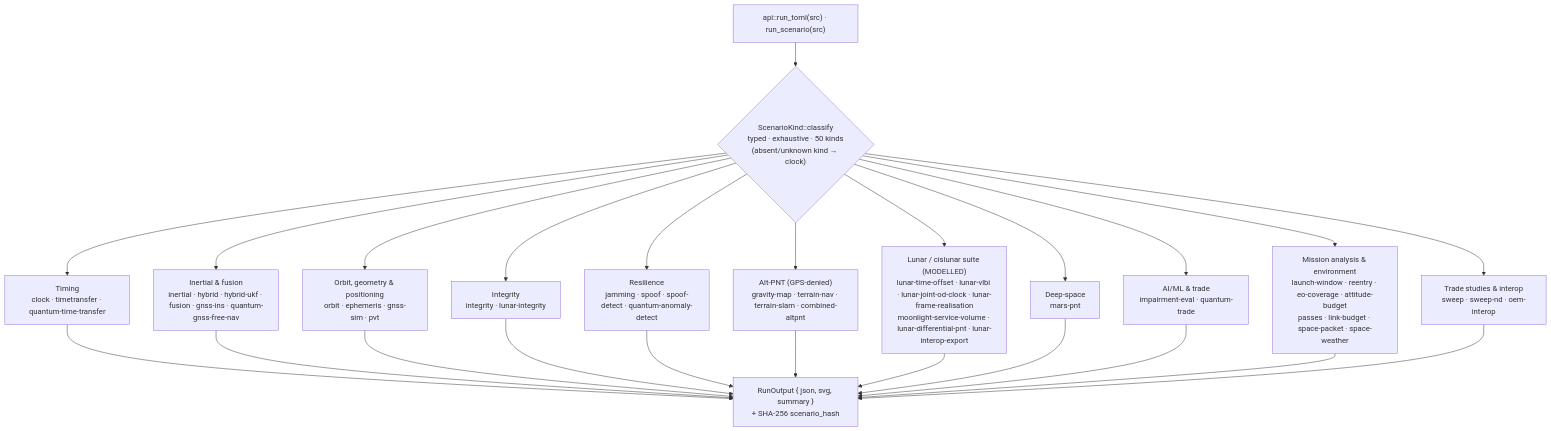
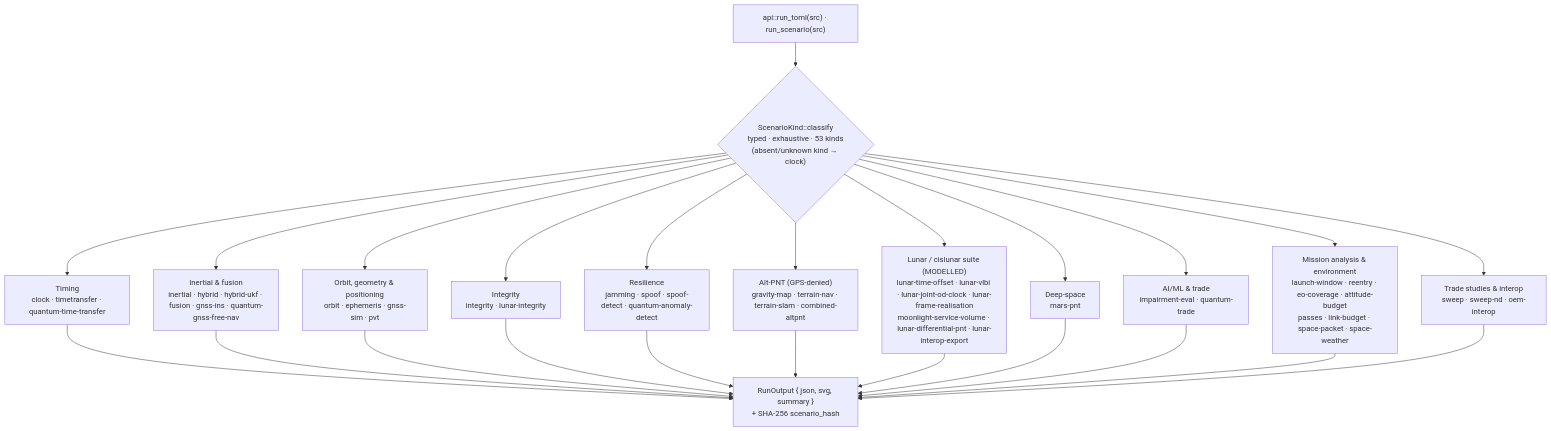
Before and after one commit to ashfordeOU/kshana: the seventh of 11 diagrams in docs/ARCHITECTURE.md, drawn with Mermaid. The commit also changed other lines of this file and 7 other files, not shown here.

````diff
--- a/docs/ARCHITECTURE.md
+++ b/docs/ARCHITECTURE.md
@@ -406,16 +406,16 @@
 ```mermaid
 flowchart TD
-    F["api::run_toml(src) · run_scenario(src)"] --> K{"ScenarioKind::classify<br/>typed · exhaustive · 50 kinds<br/>(absent/unknown kind → clock)"}
+    F["api::run_toml(src) · run_scenario(src)"] --> K{"ScenarioKind::classify<br/>typed · exhaustive · 53 kinds<br/>(absent/unknown kind → clock)"}
     K --> G1["Timing<br/>clock · timetransfer · quantum-time-transfer"]
     K --> G2["Inertial & fusion<br/>inertial · hybrid · hybrid-ukf · fusion · gnss-ins · quantum-gnss-free-nav"]
     K --> G3["Orbit, geometry & positioning<br/>orbit · ephemeris · gnss-sim · pvt"]
     K --> G4["Integrity<br/>integrity · lunar-integrity"]
     K --> G5["Resilience<br/>jamming · spoof · spoof-detect · quantum-anomaly-detect"]
     K --> G6["Alt-PNT (GPS-denied)<br/>gravity-map · terrain-nav · terrain-slam · combined-altpnt"]
     K --> G7["Lunar / cislunar suite (MODELLED)<br/>lunar-time-offset · lunar-vlbi · lunar-joint-od-clock · lunar-frame-realisation<br/>moonlight-service-volume · lunar-differential-pnt · lunar-interop-export"]
     K --> G8["Deep-space<br/>mars-pnt"]
     K --> G9["AI/ML & trade<br/>impairment-eval · quantum-trade"]
     K --> G10["Mission analysis & environment<br/>launch-window · reentry · eo-coverage · attitude-budget<br/>passes · link-budget · space-packet · space-weather"]
     K --> G11["Trade studies & interop<br/>sweep · sweep-nd · oem-interop"]
     G1 & G2 & G3 & G4 & G5 & G6 & G7 & G8 & G9 & G10 & G11 --> W["RunOutput { json, svg, summary }<br/>+ SHA-256 scenario_hash"]
 ```
````
